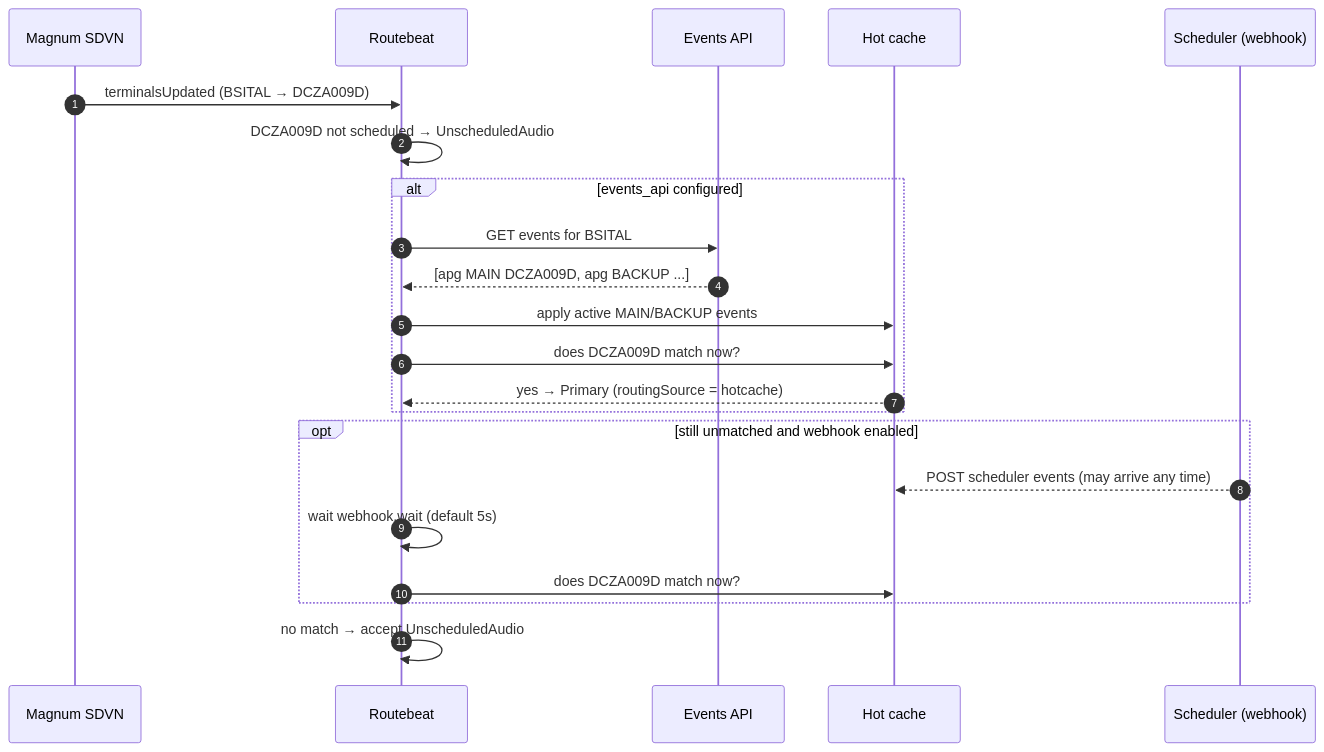
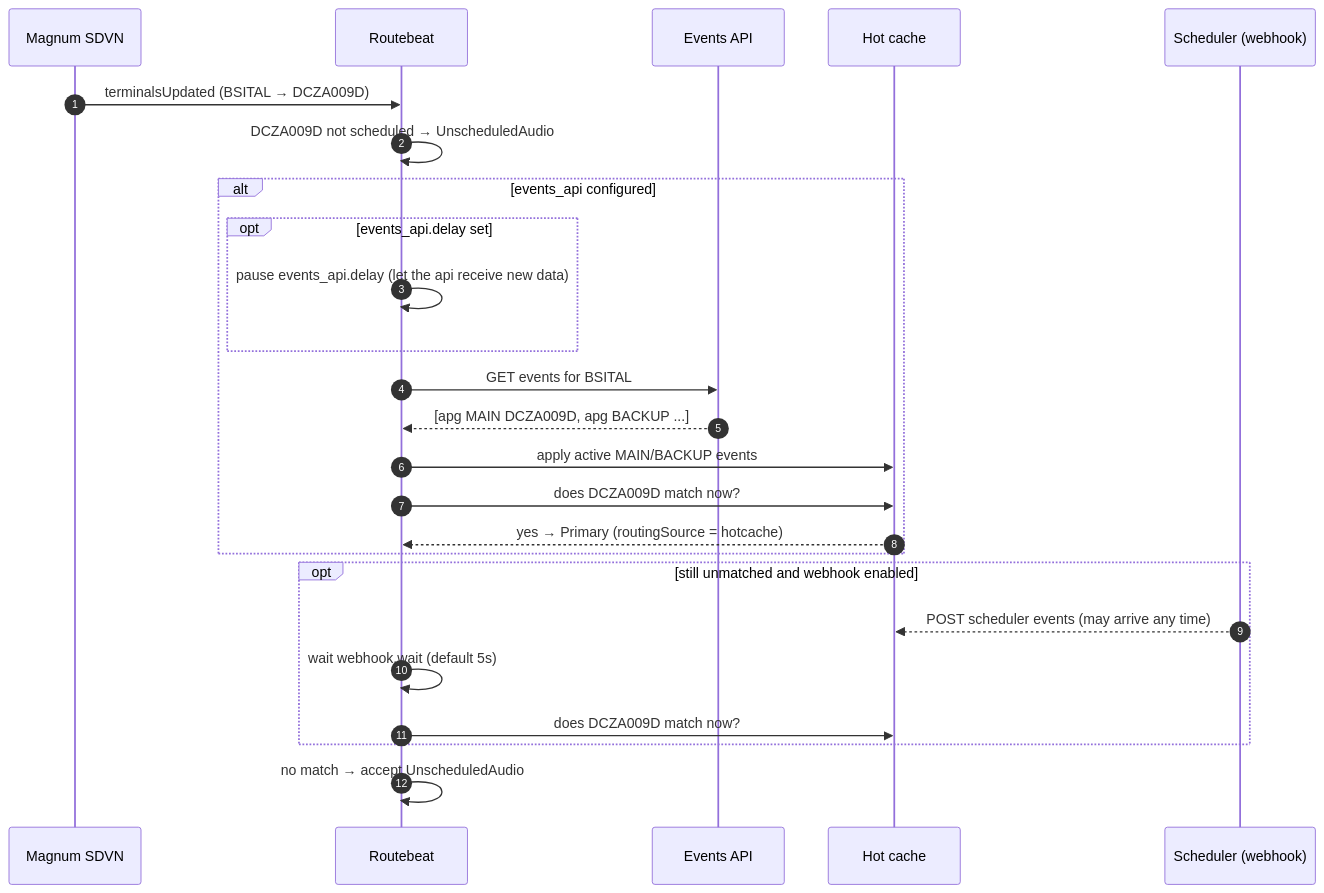
Before and after one commit to thetherington/routebeat: the sixth of 8 diagrams in README.md, drawn with Mermaid. The commit also changed other lines of this file and 12 other files, not shown here.

````diff
--- a/README.md
+++ b/README.md
@@ -382,25 +382,28 @@
 ```mermaid
 sequenceDiagram
     autonumber
     participant SDVN as Magnum SDVN
     participant RB as Routebeat
     participant API as Events API
     participant HC as Hot cache
     participant SCH as Scheduler (webhook)
 
     SDVN->>RB: terminalsUpdated (BSITAL → DCZA009D)
     RB->>RB: DCZA009D not scheduled → UnscheduledAudio
     alt events_api configured
+        opt events_api.delay set
+            RB->>RB: pause events_api.delay (let the api receive new data)
+        end
         RB->>API: GET events for BSITAL
         API-->>RB: [apg MAIN DCZA009D, apg BACKUP ...]
         RB->>HC: apply active MAIN/BACKUP events
         RB->>HC: does DCZA009D match now?
         HC-->>RB: yes → Primary (routingSource = hotcache)
     end
     opt still unmatched and webhook enabled
         SCH-->>HC: POST scheduler events (may arrive any time)
         RB->>RB: wait webhook.wait (default 5s)
         RB->>HC: does DCZA009D match now?
     end
     RB->>RB: no match → accept UnscheduledAudio
 ```
````
